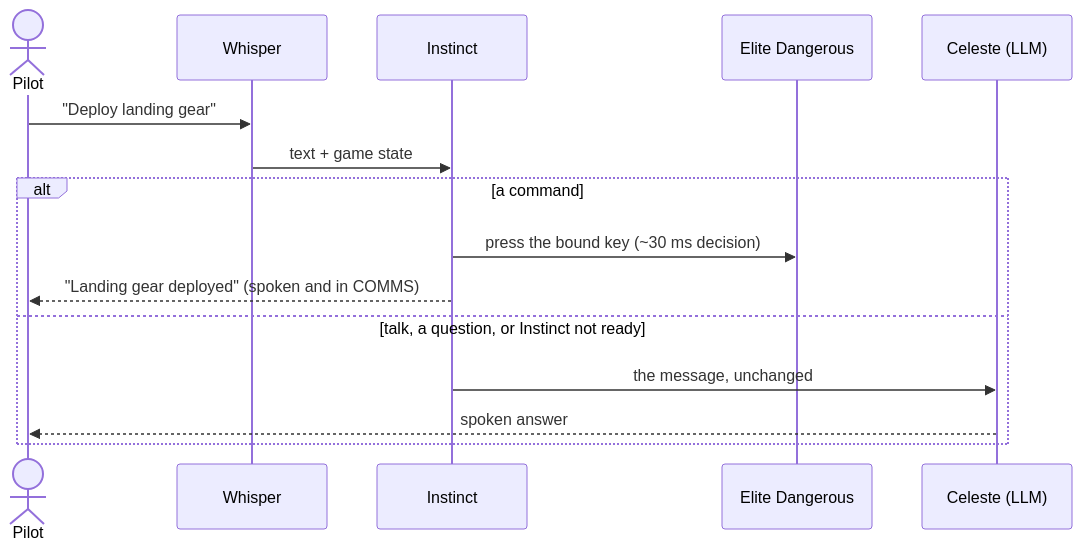
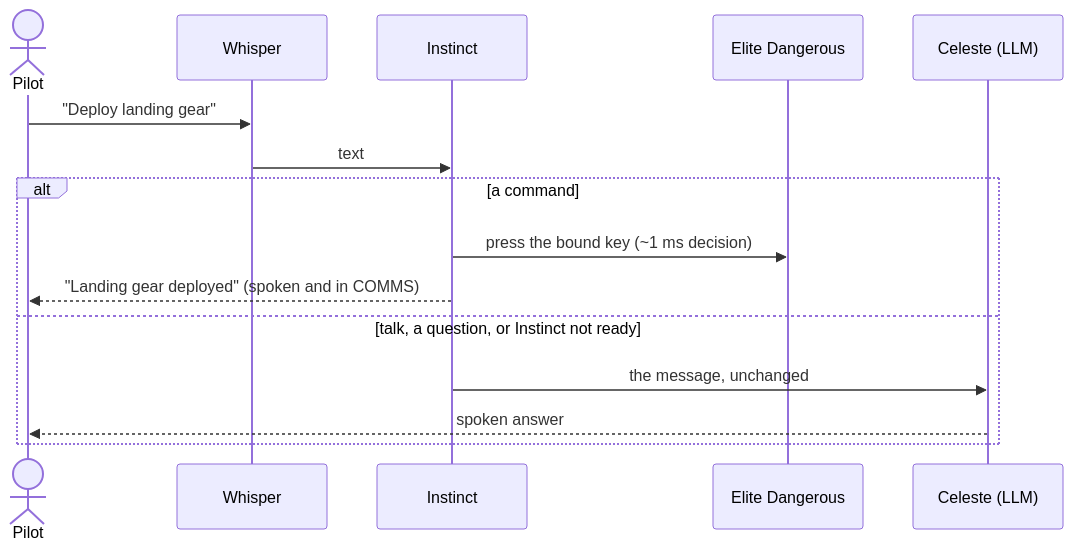
Before and after one commit to IqSantiagow/EDCeleste: the second of 3 diagrams in README.md, drawn with Mermaid. The commit also changed other lines of this file and 25 other files, not shown here.

````diff
--- a/README.md
+++ b/README.md
@@ -74,18 +73,18 @@
 ```mermaid
 sequenceDiagram
     actor Pilot
     participant STT as Whisper
     participant Instinct
     participant Game as Elite Dangerous
     participant Celeste as Celeste (LLM)
 
     Pilot->>STT: "Deploy landing gear"
-    STT->>Instinct: text + game state
+    STT->>Instinct: text
     alt a command
-        Instinct->>Game: press the bound key (~30 ms decision)
+        Instinct->>Game: press the bound key (~1 ms decision)
         Instinct-->>Pilot: "Landing gear deployed" (spoken and in COMMS)
     else talk, a question, or Instinct not ready
         Instinct->>Celeste: the message, unchanged
         Celeste-->>Pilot: spoken answer
     end
 ```
````
